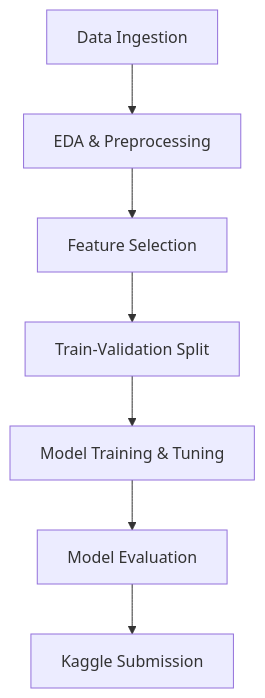
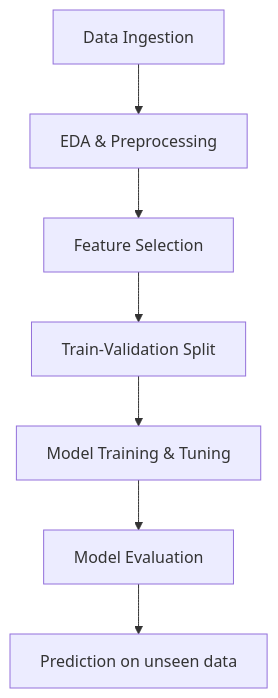
Before and after one commit to Sridipta-Roy/Bank-Customer-Churn-Prediction: the diagram in README.md, drawn with Mermaid. The commit also changed other lines of this file, not shown here.

````diff
--- a/README.md
+++ b/README.md
@@ -79,9 +79,9 @@
 ```mermaid
 graph TD;
     A[Data Ingestion] --> B[EDA & Preprocessing];
     B --> C[Feature Selection];
     C --> D[Train-Validation Split];
     D --> E[Model Training & Tuning];
     E --> F[Model Evaluation];
-    F --> G[Kaggle Submission];
+    F --> G[Prediction on unseen data];
 ```
````
